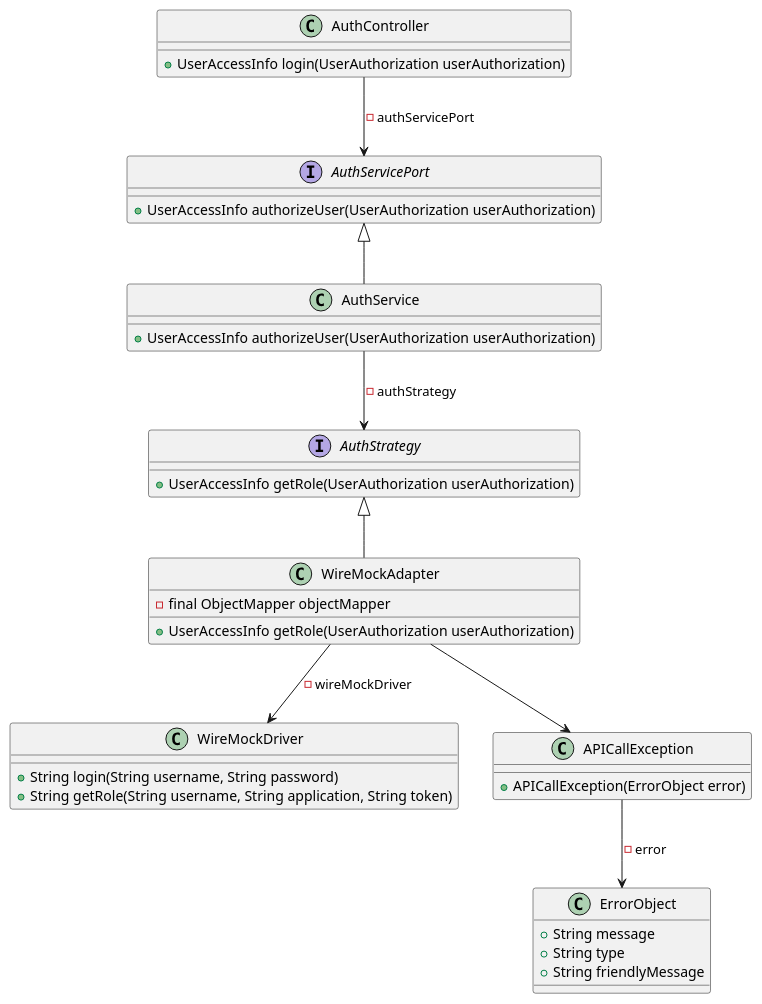
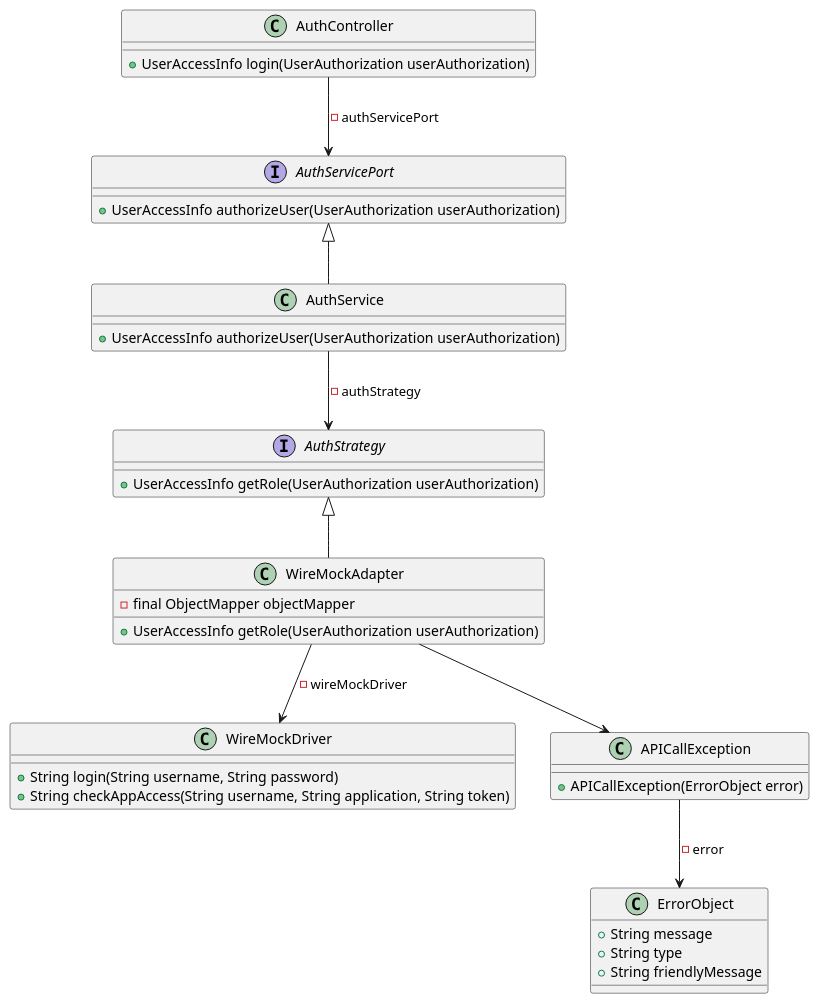
Before and after one commit to AIM-ENE-feb25/triptop-groep-b5: the diagram in opdracht-diagrammen/diagrammen-Stijn/classdiagram.puml, drawn with PlantUML.

```diff
--- a/opdracht-diagrammen/diagrammen-Stijn/classdiagram.puml
+++ b/opdracht-diagrammen/diagrammen-Stijn/classdiagram.puml
@@ -1,55 +1,55 @@
 @startuml
 'left to right direction
 
 class AuthController {
     +UserAccessInfo login(UserAuthorization userAuthorization)
 }
 
 AuthController --> AuthServicePort : -authServicePort
 
 interface AuthServicePort {
     +UserAccessInfo authorizeUser(UserAuthorization userAuthorization)
 }
 
 AuthServicePort <|-- AuthService
 
 class AuthService {
     +UserAccessInfo authorizeUser(UserAuthorization userAuthorization)
 }
 
 AuthService --> AuthStrategy: -authStrategy
 
 interface AuthStrategy {
     +UserAccessInfo getRole(UserAuthorization userAuthorization)
 }
 
 AuthStrategy <|-- WireMockAdapter
 
 class WireMockAdapter {
     -final ObjectMapper objectMapper
     +UserAccessInfo getRole(UserAuthorization userAuthorization)
 }
 
 WireMockAdapter --> WireMockDriver: -wireMockDriver
 
 class WireMockDriver {
     +String login(String username, String password)
-    +String getRole(String username, String application, String token)
+    +String checkAppAccess(String username, String application, String token)
 }
 
 class ErrorObject {
     +String message
     +String type
     +String friendlyMessage
 }
 
 class APICallException {
     +APICallException(ErrorObject error)
 }
 
 APICallException --> ErrorObject: -error
 
 WireMockAdapter --> APICallException
 
 
 @enduml
```
